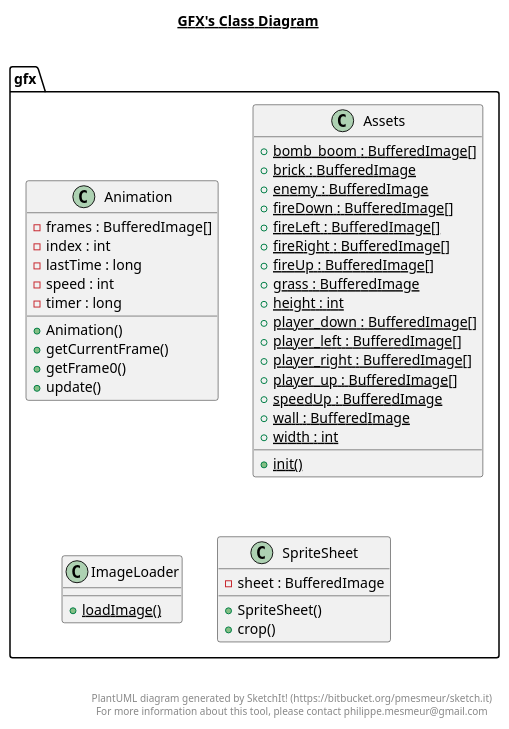
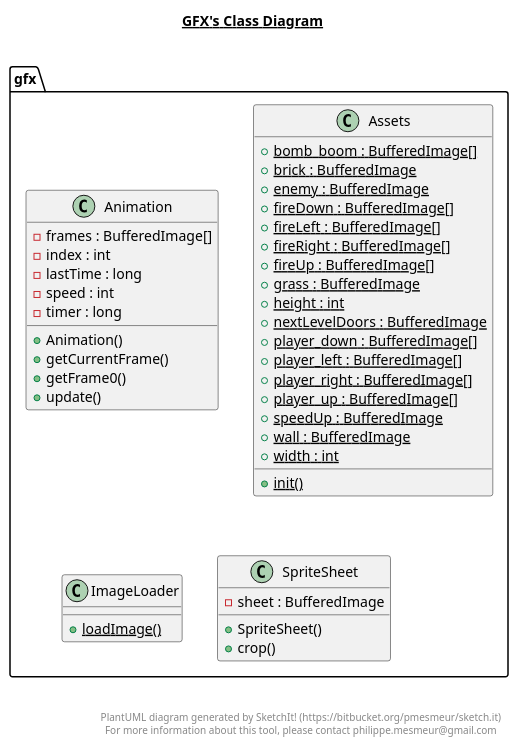
One commit to mxdzelq/Dyna_Blaster-Java changed the diagram in src/gfx/gfx.plantuml. Above: the diagram before and after it, drawn with PlantUML. The commit also changed 53 other files, not shown here.

```diff
--- a/src/gfx/gfx.plantuml
+++ b/src/gfx/gfx.plantuml
@@ -1,68 +1,69 @@
 @startuml
 
 title __GFX's Class Diagram__\n
 
   namespace gfx {
     class gfx.Animation {
         - frames : BufferedImage[]
         - index : int
         - lastTime : long
         - speed : int
         - timer : long
         + Animation()
         + getCurrentFrame()
         + getFrame0()
         + update()
     }
   }
   
 
   namespace gfx {
     class gfx.Assets {
         {static} + bomb_boom : BufferedImage[]
         {static} + brick : BufferedImage
         {static} + enemy : BufferedImage
         {static} + fireDown : BufferedImage[]
         {static} + fireLeft : BufferedImage[]
         {static} + fireRight : BufferedImage[]
         {static} + fireUp : BufferedImage[]
         {static} + grass : BufferedImage
         {static} + height : int
+        {static} + nextLevelDoors : BufferedImage
         {static} + player_down : BufferedImage[]
         {static} + player_left : BufferedImage[]
         {static} + player_right : BufferedImage[]
         {static} + player_up : BufferedImage[]
         {static} + speedUp : BufferedImage
         {static} + wall : BufferedImage
         {static} + width : int
         {static} + init()
     }
   }
   
 
   namespace gfx {
     class gfx.ImageLoader {
         {static} + loadImage()
     }
   }
   
 
   namespace gfx {
     class gfx.SpriteSheet {
         - sheet : BufferedImage
         + SpriteSheet()
         + crop()
     }
   }
   
 
 
 
 right footer
 
 
 PlantUML diagram generated by SketchIt! (https://bitbucket.org/pmesmeur/sketch.it)
 For more information about this tool, please contact philippe.mesmeur@gmail.com
 endfooter
 
 @enduml
```
